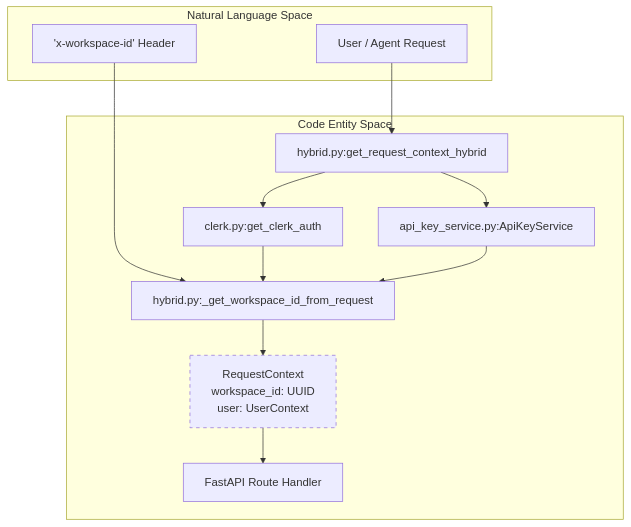
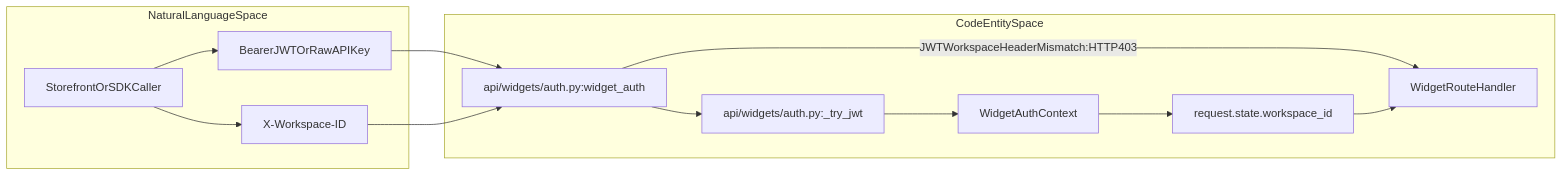
Before and after one commit to AutomatosAI/automatos-ai: the first of 4 diagrams in docs/authentication-multi-tenancy/data-isolation.md, drawn with Mermaid. The commit also changed other lines of this file and 188 other files, not shown here.

First line of the commit message:
docs: refresh architecture docs and add coverage for new subsystems (#1416)

````diff
--- a/docs/authentication-multi-tenancy/data-isolation.md
+++ b/docs/authentication-multi-tenancy/data-isolation.md
@@ -51,27 +47,26 @@
 ```mermaid
-graph TB
-    subgraph "Natural Language Space"
-        User["User / Agent Request"]
-        WS_Header["'x-workspace-id' Header"]
+flowchart LR
+    subgraph "NaturalLanguageSpace"
+        Caller["StorefrontOrSDKCaller"]
+        Header["X-Workspace-ID"]
+        Token["BearerJWTOrRawAPIKey"]
     end
 
-    subgraph "Code Entity Space"
-        AuthDep["hybrid.py:get_request_context_hybrid"]
-        ClerkAuth["clerk.py:get_clerk_auth"]
-        APIKeyAuth["api_key_service.py:ApiKeyService"]
-        WS_Resolver["hybrid.py:_get_workspace_id_from_request"]
-        RequestContext["RequestContext<br/>workspace_id: UUID<br/>user: UserContext"]
-        Endpoint["FastAPI Route Handler"]
+    subgraph "CodeEntitySpace"
+        Auth["api/widgets/auth.py:widget_auth"]
+        Decoder["api/widgets/auth.py:_try_jwt"]
+        Context["WidgetAuthContext"]
+        State["request.state.workspace_id"]
+        Route["WidgetRouteHandler"]
     end
 
-    User --> AuthDep
-    WS_Header --> WS_Resolver
-    AuthDep --> ClerkAuth
-    AuthDep --> APIKeyAuth
-    ClerkAuth --> WS_Resolver
-    APIKeyAuth --> WS_Resolver
-    WS_Resolver --> RequestContext
-    RequestContext --> Endpoint
-
-    style RequestContext stroke-dasharray: 5 5
+    Caller --> Token
+    Caller --> Header
+    Token --> Auth
+    Header --> Auth
+    Auth --> Decoder
+    Decoder --> Context
+    Auth -->|"JWTWorkspaceHeaderMismatch:HTTP403"| Route
+    Context --> State
+    State --> Route
 ```
````
